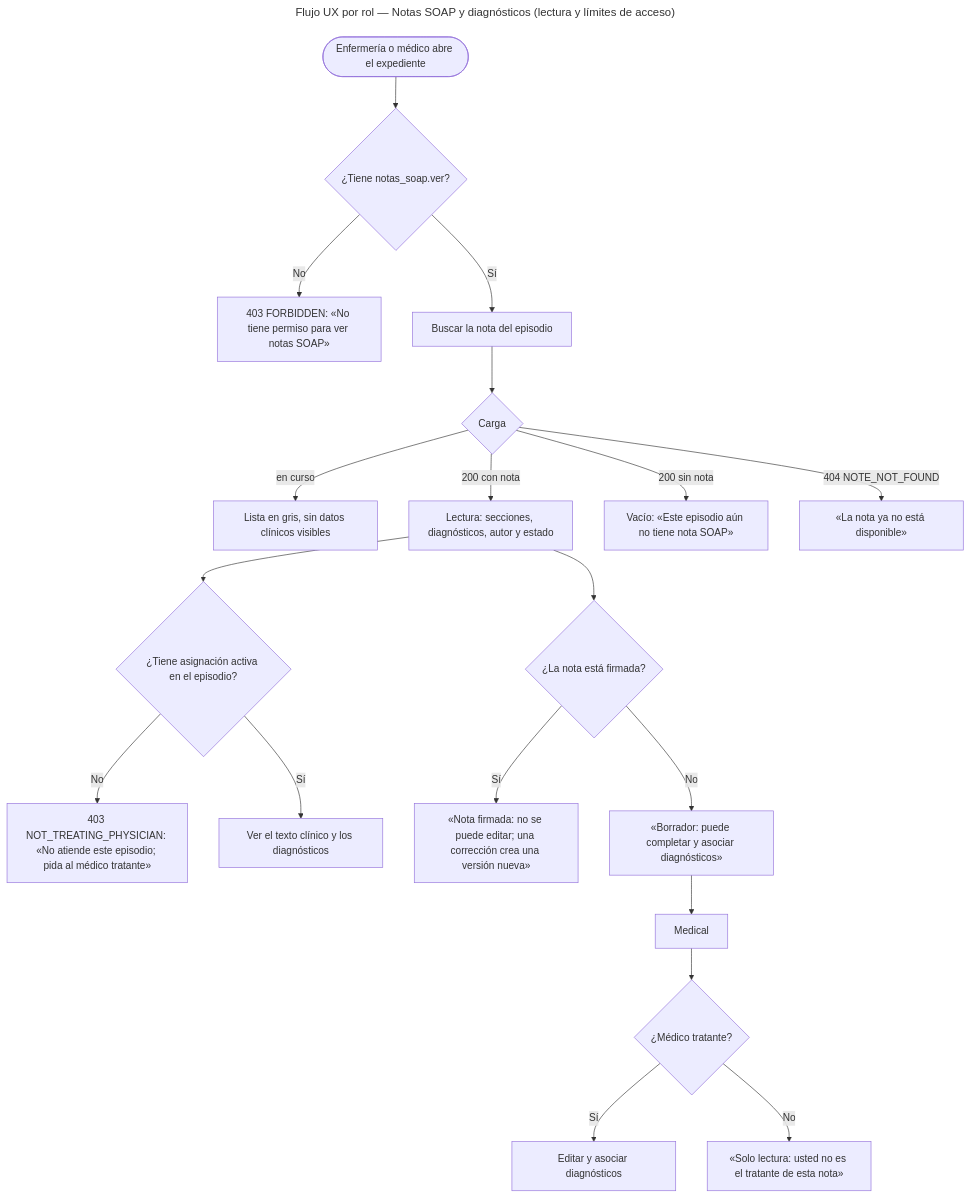
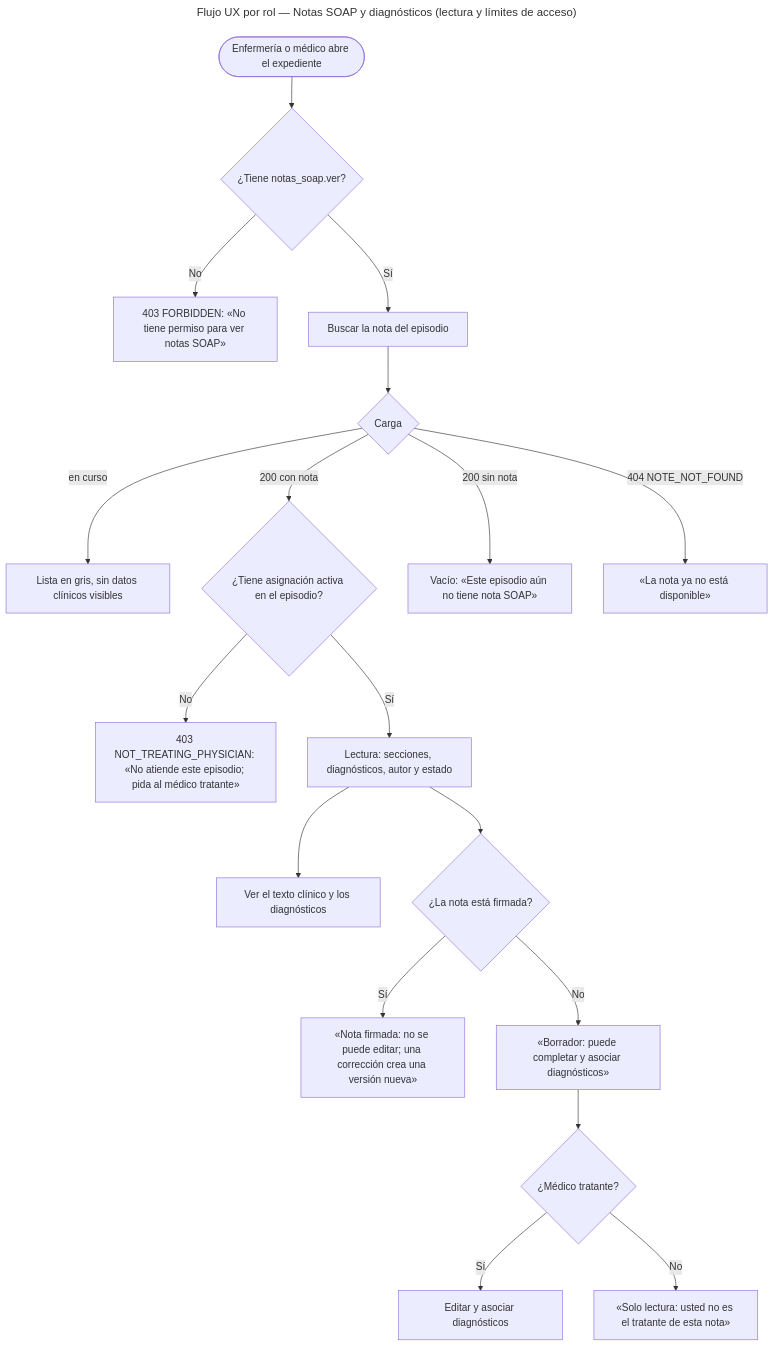
The diagram in docs/notas-soap/semana-08/fuentes/02-user-flow-lectura.mmd (AxelHerrera11/sistema-hospitalario-integrado), drawn with Mermaid before and after one commit. The commit also changed 2 other files, not shown here.

Commit message:
fix(semana-8): comprobar permiso y asignación antes de mostrar el texto clínico en el flujo de lectura (ASII-11)

```diff
--- a/docs/notas-soap/semana-08/fuentes/02-user-flow-lectura.mmd
+++ b/docs/notas-soap/semana-08/fuentes/02-user-flow-lectura.mmd
@@ -1,22 +1,21 @@
 ---
 title: "Flujo UX por rol — Notas SOAP y diagnósticos (lectura y límites de acceso)"
 ---
 flowchart TD
   open([Enfermería o médico abre el expediente]) --> ver{¿Tiene notas_soap.ver?}
   ver -- No --> d403[403 FORBIDDEN: «No tiene permiso para ver notas SOAP»]
   ver -- Sí --> buscar[Buscar la nota del episodio]
   buscar --> carga{Carga}
   carga -- en curso --> spinner[Lista en gris, sin datos clínicos visibles]
-  carga -- 200 con nota --> vista[Lectura: secciones, diagnósticos, autor y estado]
+  carga -- 200 con nota --> trat{¿Tiene asignación activa en el episodio?}
   carga -- 200 sin nota --> vacio[Vacío: «Este episodio aún no tiene nota SOAP»]
   carga -- 404 NOTE_NOT_FOUND --> d404[«La nota ya no está disponible»]
-  vista --> trat{¿Tiene asignación activa en el episodio?}
   trat -- No --> d403t[403 NOT_TREATING_PHYSICIAN: «No atiende este episodio; pida al médico tratante»]
-  trat -- Sí --> lect[Ver el texto clínico y los diagnósticos]
+  trat -- Sí --> vista[Lectura: secciones, diagnósticos, autor y estado]
+  vista --> lect[Ver el texto clínico y los diagnósticos]
   vista --> firmado{¿La nota está firmada?}
   firmado -- Sí --> inmutable[«Nota firmada: no se puede editar; una corrección crea una versión nueva»]
   firmado -- No --> editable[«Borrador: puede completar y asociar diagnósticos»]
-  editable --> med[Medical]
-  med --> reg{¿Médico tratante?}
-  reg -- Sí --> editar[Editar y asociar diagnósticos]
-  reg -- No --> sololect[«Solo lectura: usted no es el tratante de esta nota»]
+  editable --> med{¿Médico tratante?}
+  med -- Sí --> editar[Editar y asociar diagnósticos]
+  med -- No --> sololect[«Solo lectura: usted no es el tratante de esta nota»]
```
